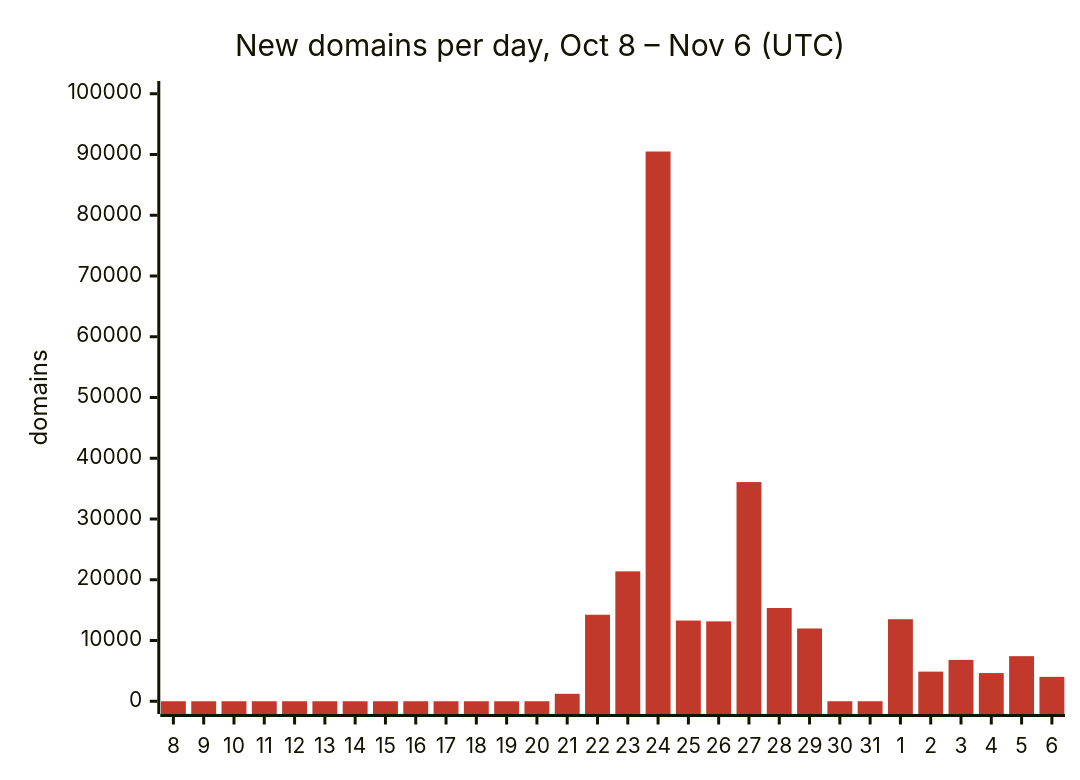
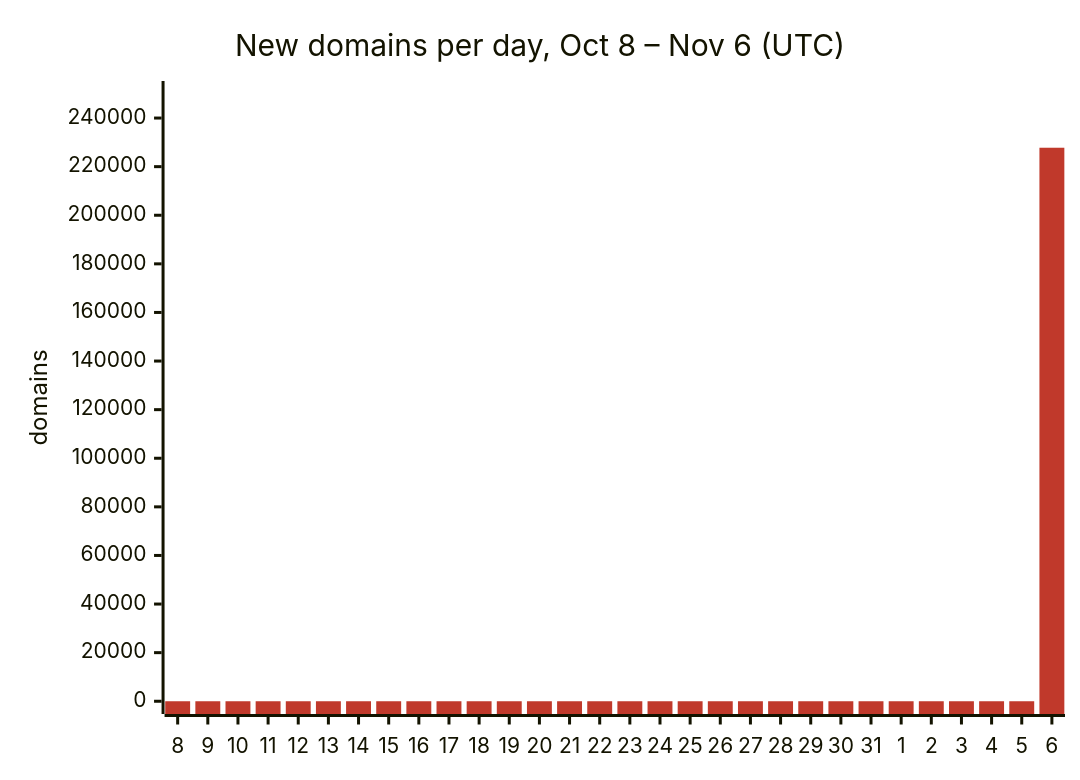
The first of 2 diagrams in README.md (DNSBunker/CTI), drawn with Mermaid before and after one commit. The commit also changed other lines of this file and 3 other files, not shown here.

````diff
--- a/README.md
+++ b/README.md
@@ -29,8 +29,8 @@
 ```mermaid
 %%{init: {"themeVariables": {"xyChart": {"plotColorPalette": "#c0392b"}}}}%%
 xychart-beta
     title "New domains per day, Oct 8 – Nov 6 (UTC)"
     x-axis ["8", "9", "10", "11", "12", "13", "14", "15", "16", "17", "18", "19", "20", "21", "22", "23", "24", "25", "26", "27", "28", "29", "30", "31", "1", "2", "3", "4", "5", "6"]
-    y-axis "domains" 0 --> 100000
-    bar [0, 0, 0, 0, 0, 0, 0, 0, 0, 0, 0, 0, 0, 1227, 14240, 21381, 90492, 13281, 13149, 36078, 15350, 11978, 0, 0, 13504, 4877, 6808, 4640, 7419, 4016]
+    y-axis "domains" 0 --> 250000
+    bar [0, 0, 0, 0, 0, 0, 0, 0, 0, 0, 0, 0, 0, 0, 0, 0, 0, 0, 0, 0, 0, 0, 0, 0, 0, 0, 0, 0, 0, 227784]
 ```
````
